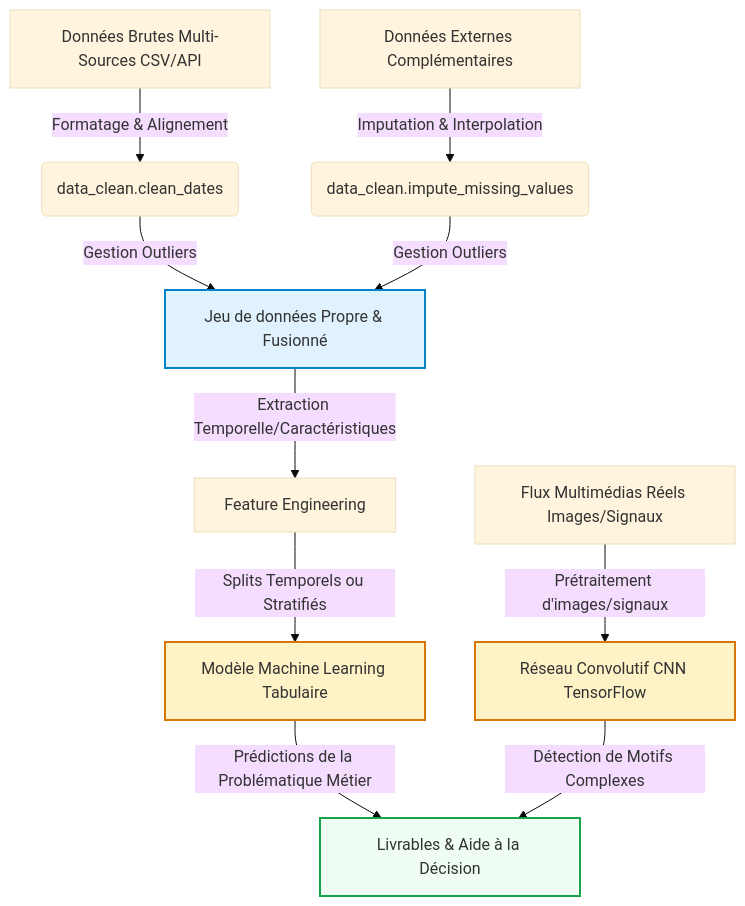
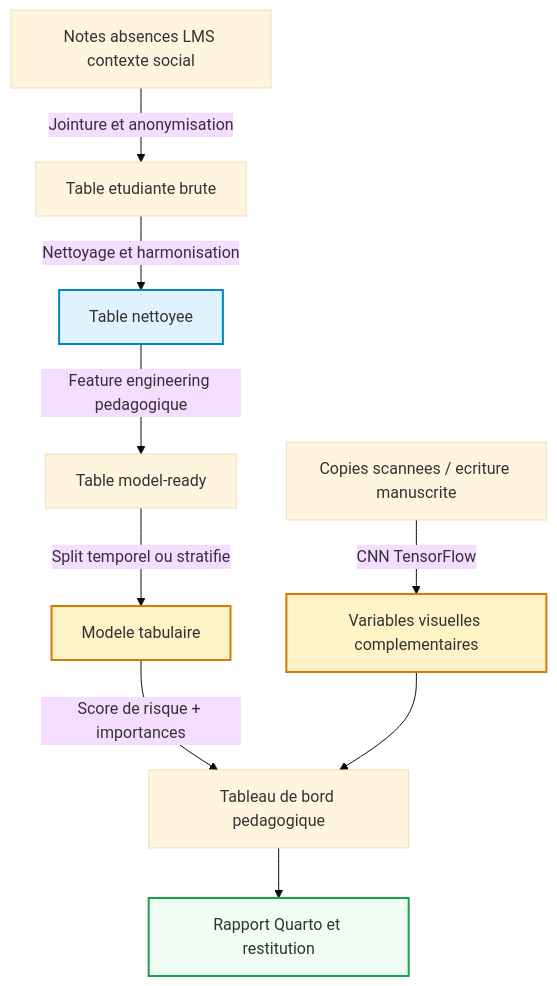
The diagram in README.md (theohugo/aptispace-datascience-projet), drawn with Mermaid (base theme) before and after one commit. The commit also changed other lines of this file and 28 other files, not shown here.

````diff
--- a/README.md
+++ b/README.md
@@ -289,16 +284,16 @@
 ``` mermaid
 graph TD
-    A[Données Brutes Multi-Sources CSV/API] -->|Formatage & Alignement| B(data_clean.clean_dates)
-    C[Données Externes Complémentaires] -->|Imputation & Interpolation| D(data_clean.impute_missing_values)
-    B & D -->|Gestion Outliers| E[Jeu de données Propre & Fusionné]
-    E -->|Extraction Temporelle/Caractéristiques| F[Feature Engineering]
-    F -->|Splits Temporels ou Stratifiés| G[Modèle Machine Learning Tabulaire]
-    H[Flux Multimédias Réels Images/Signaux] -->|Prétraitement d'images/signaux| I[Réseau Convolutif CNN TensorFlow]
-    G -->|Prédictions de la Problématique Métier| J[Livrables & Aide à la Décision]
-    I -->|Détection de Motifs Complexes| J
+  A[Notes absences LMS contexte social] -->|Jointure et anonymisation| B[Table etudiante brute]
+  B -->|Nettoyage et harmonisation| C[Table nettoyee]
+  C -->|Feature engineering pedagogique| D[Table model-ready]
+  D -->|Split temporel ou stratifie| E[Modele tabulaire]
+  E -->|Score de risque + importances| F[Tableau de bord pedagogique]
+  G[Copies scannees / ecriture manuscrite] -->|CNN TensorFlow| H[Variables visuelles complementaires]
+  H --> F
+  F --> I[Rapport Quarto et restitution]
     
-    style E fill:#e0f2fe,stroke:#0284c7,stroke-width:2px
-    style J fill:#f0fdf4,stroke:#16a34a,stroke-width:2px
-    style G fill:#fef3c7,stroke:#d97706,stroke-width:2px
-    style I fill:#fef3c7,stroke:#d97706,stroke-width:2px
+  style C fill:#e0f2fe,stroke:#0284c7,stroke-width:2px
+  style I fill:#f0fdf4,stroke:#16a34a,stroke-width:2px
+  style E fill:#fef3c7,stroke:#d97706,stroke-width:2px
+  style H fill:#fef3c7,stroke:#d97706,stroke-width:2px
 ```
````
